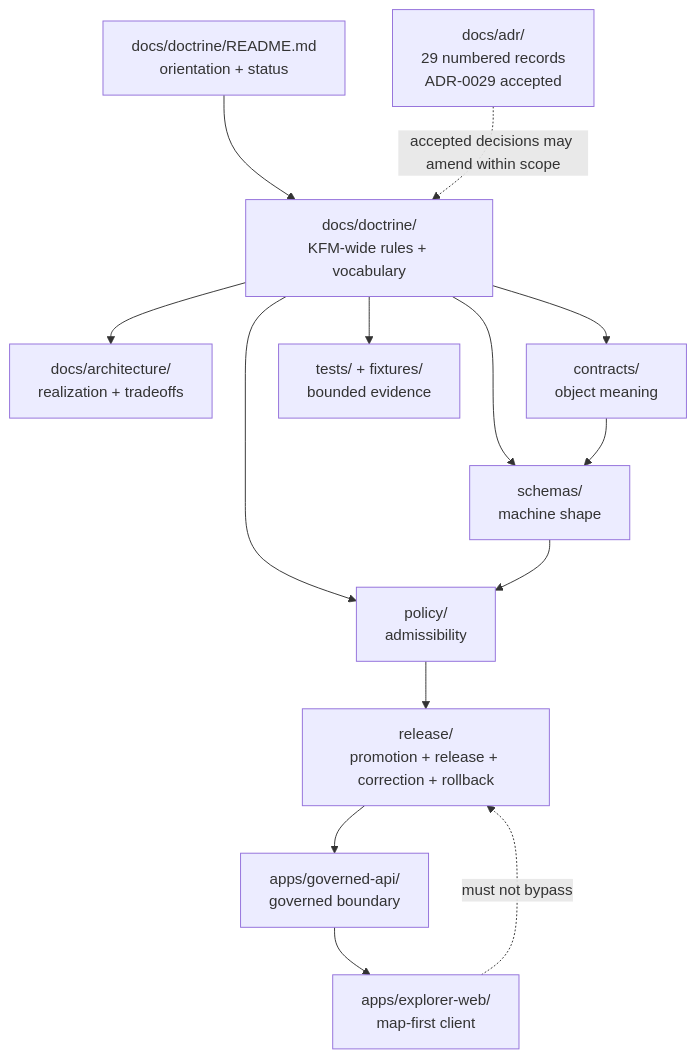
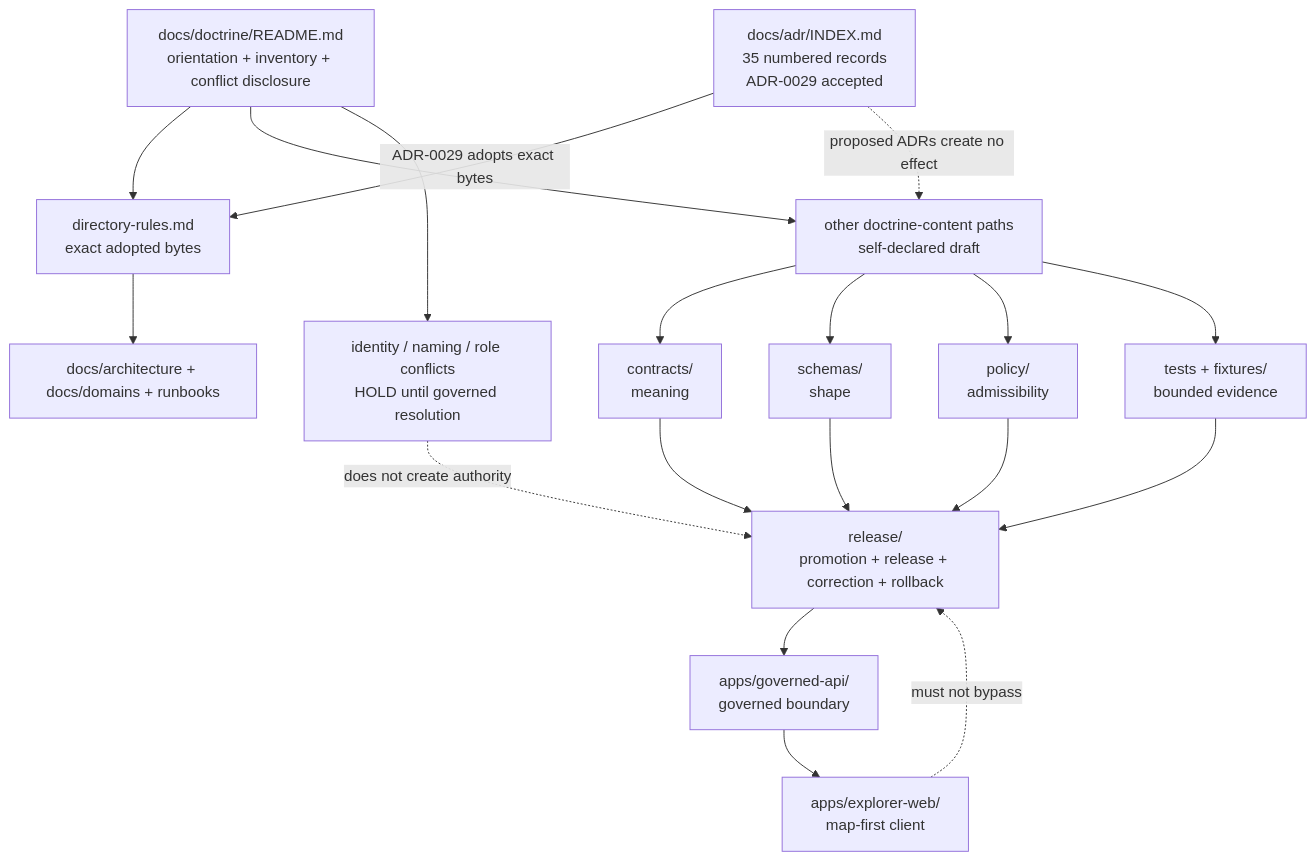
Before and after one commit to bartytime4life/Kansas-Frontier-Matrix: the diagram in docs/doctrine/README.md, drawn with Mermaid. The commit also changed other lines of this file, not shown here.

Commit message:
docs(doctrine): reconcile doctrine landing page

````diff
--- a/docs/doctrine/README.md
+++ b/docs/doctrine/README.md
@@ -294,16 +463,32 @@
 ```mermaid
 flowchart TD
-    README["docs/doctrine/README.md<br/>orientation + status"] --> DOCTRINE["docs/doctrine/<br/>KFM-wide rules + vocabulary"]
-    ADR["docs/adr/<br/>29 numbered records<br/>ADR-0029 accepted"] -. "accepted decisions may amend within scope" .-> DOCTRINE
-    DOCTRINE --> ARCH["docs/architecture/<br/>realization + tradeoffs"]
-    DOCTRINE --> CONTRACTS["contracts/<br/>object meaning"]
-    DOCTRINE --> SCHEMAS["schemas/<br/>machine shape"]
-    DOCTRINE --> POLICY["policy/<br/>admissibility"]
-    DOCTRINE --> TESTS["tests/ + fixtures/<br/>bounded evidence"]
-    CONTRACTS --> SCHEMAS
-    SCHEMAS --> POLICY
-    POLICY --> RELEASE["release/<br/>promotion + release + correction + rollback"]
+    README["docs/doctrine/README.md<br/>orientation + inventory + conflict disclosure"]
+
+    ADR["docs/adr/INDEX.md<br/>35 numbered records<br/>ADR-0029 accepted"]
+    DIR["directory-rules.md<br/>exact adopted bytes"]
+    DRAFT["other doctrine-content paths<br/>self-declared draft"]
+    HOLD["identity / naming / role conflicts<br/>HOLD until governed resolution"]
+
+    README --> DIR
+    README --> DRAFT
+    README --> HOLD
+    ADR -->|"ADR-0029 adopts exact bytes"| DIR
+    ADR -.->|"proposed ADRs create no effect"| DRAFT
+
+    DIR --> DOCS["docs/architecture + docs/domains + runbooks"]
+    DRAFT --> CONTRACTS["contracts/<br/>meaning"]
+    DRAFT --> SCHEMAS["schemas/<br/>shape"]
+    DRAFT --> POLICY["policy/<br/>admissibility"]
+    DRAFT --> TESTS["tests + fixtures/<br/>bounded evidence"]
+
+    CONTRACTS --> RELEASE["release/<br/>promotion + release + correction + rollback"]
+    SCHEMAS --> RELEASE
+    POLICY --> RELEASE
+    TESTS --> RELEASE
+
     RELEASE --> API["apps/governed-api/<br/>governed boundary"]
     API --> UI["apps/explorer-web/<br/>map-first client"]
+
     UI -. "must not bypass" .-> RELEASE
+    HOLD -. "does not create authority" .-> RELEASE
 ```
````
